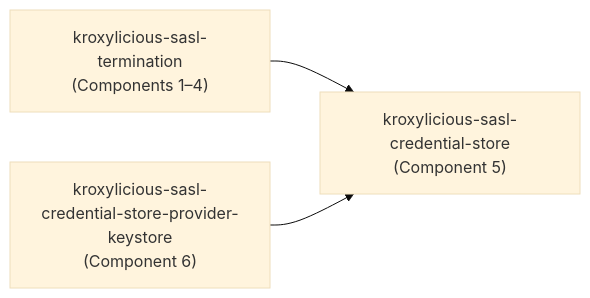
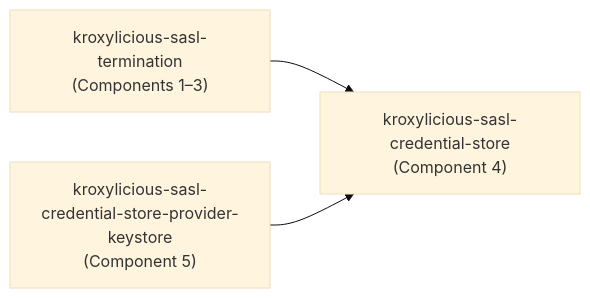
The first of 3 diagrams in proposals/124-sasl-termination.md (kroxylicious/design), drawn with Mermaid (base theme) before and after one commit. The commit also changed other lines of this file, not shown here.

````diff
--- a/proposals/124-sasl-termination.md
+++ b/proposals/124-sasl-termination.md
@@ -70,9 +70,9 @@
 ```mermaid
 graph LR
-    ST["kroxylicious-sasl-termination<br/>(Components 1–4)"]
-    CS["kroxylicious-sasl-credential-store<br/>(Component 5)"]
-    KP["kroxylicious-sasl-credential-store-provider-keystore<br/>(Component 6)"]
+    ST["kroxylicious-sasl-termination<br/>(Components 1–3)"]
+    CS["kroxylicious-sasl-credential-store<br/>(Component 4)"]
+    KP["kroxylicious-sasl-credential-store-provider-keystore<br/>(Component 5)"]
 
     ST --> CS
     KP --> CS
 ```
````
